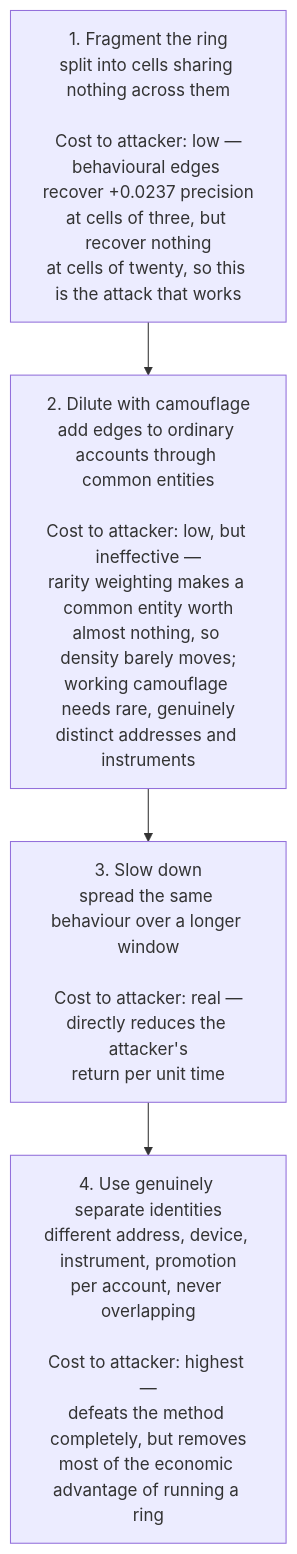
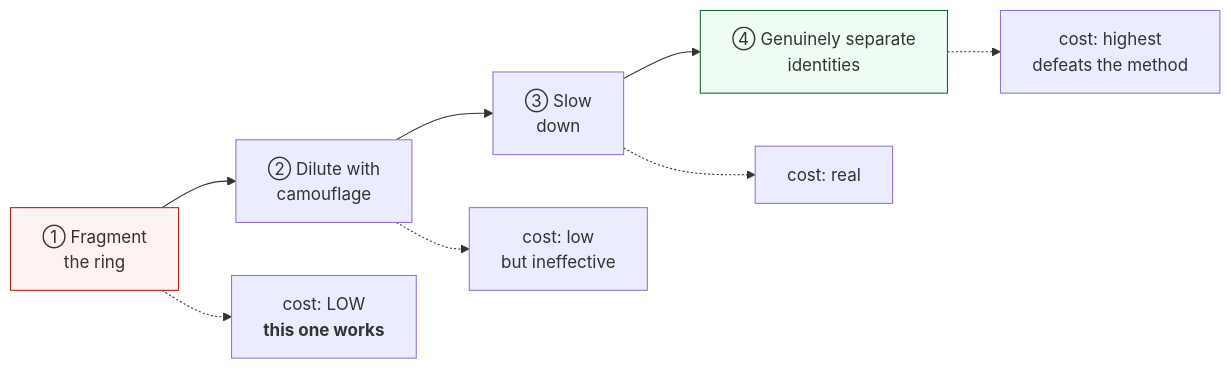
The diagram in docs/threat-model.md (adarshcod30/Orbweaver), drawn with Mermaid before and after one commit. The commit also changed other lines of this file and 13 other files, not shown here.

````diff
--- a/docs/threat-model.md
+++ b/docs/threat-model.md
@@ -21,8 +37,10 @@
 ```mermaid
-flowchart TD
-    A["1. Fragment the ring<br/>split into cells sharing nothing across them<br/><br/>Cost to attacker: low —<br/>behavioural edges recover +0.0237 precision<br/>at cells of three, but recover nothing<br/>at cells of twenty, so this is the attack that works"]
-    B["2. Dilute with camouflage<br/>add edges to ordinary accounts through common entities<br/><br/>Cost to attacker: low, but ineffective —<br/>rarity weighting makes a common entity worth<br/>almost nothing, so density barely moves;<br/>working camouflage needs rare, genuinely<br/>distinct addresses and instruments"]
-    C["3. Slow down<br/>spread the same behaviour over a longer window<br/><br/>Cost to attacker: real —<br/>directly reduces the attacker's<br/>return per unit time"]
-    D["4. Use genuinely separate identities<br/>different address, device, instrument, promotion<br/>per account, never overlapping<br/><br/>Cost to attacker: highest —<br/>defeats the method completely, but removes<br/>most of the economic advantage of running a ring"]
-    A --> B --> C --> D
+flowchart LR
+    A["① Fragment<br/>the ring"] --> B["② Dilute with<br/>camouflage"] --> C["③ Slow<br/>down"] --> D["④ Genuinely separate<br/>identities"]
+    A -.-> A1["cost: LOW<br/><b>this one works</b>"]
+    B -.-> B1["cost: low<br/>but ineffective"]
+    C -.-> C1["cost: real"]
+    D -.-> D1["cost: highest<br/>defeats the method"]
+    style A fill:#fef2f2,stroke:#b91c1c
+    style D fill:#f0fdf4,stroke:#166534
 ```
````
